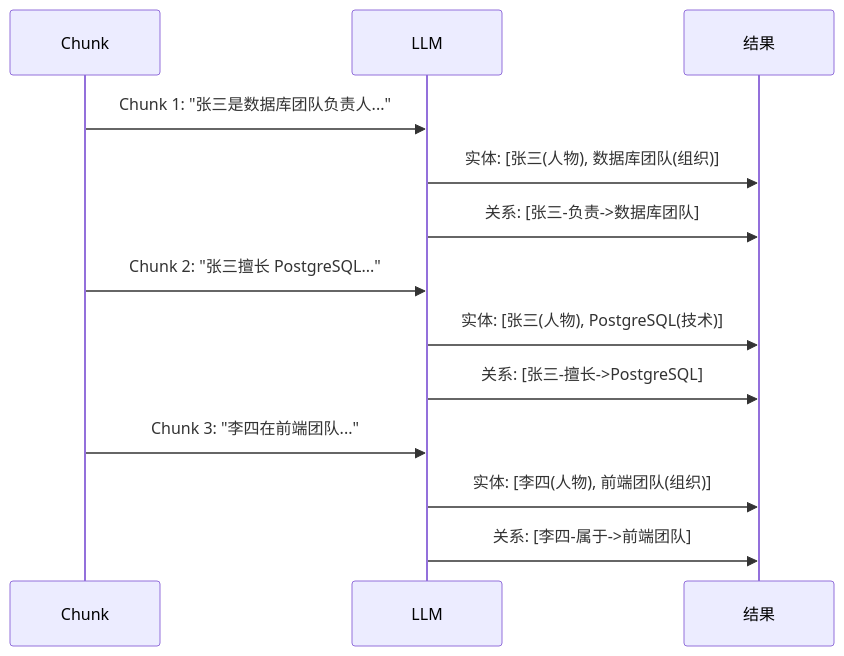
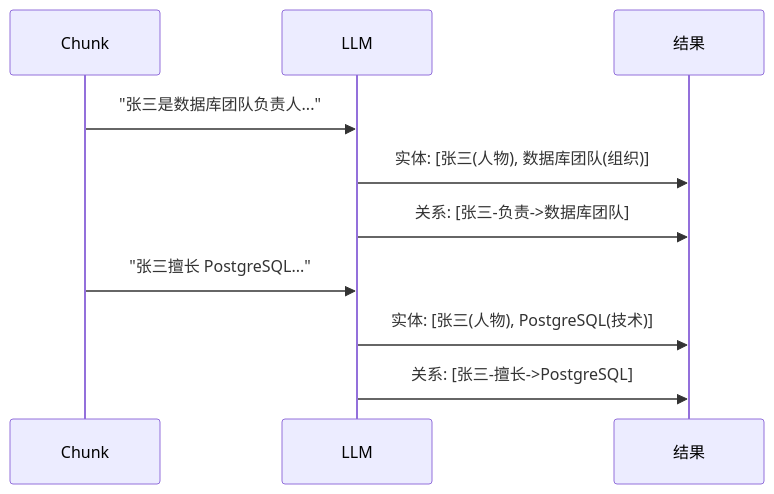
Before and after one commit to apecloud/ApeRAG: the fourth of 14 diagrams in docs/zh-CN/design/graph_index_creation.md, drawn with Mermaid. The commit also changed other lines of this file and 4 other files, not shown here.

````diff
--- a/docs/zh-CN/design/graph_index_creation.md
+++ b/docs/zh-CN/design/graph_index_creation.md
@@ -218,18 +268,14 @@
 ```mermaid
 sequenceDiagram
     participant C as Chunk
     participant L as LLM
     participant R as 结果
     
-    C->>L: Chunk 1: "张三是数据库团队负责人..."
+    C->>L: "张三是数据库团队负责人..."
     L->>R: 实体: [张三(人物), 数据库团队(组织)]
     L->>R: 关系: [张三-负责->数据库团队]
     
-    C->>L: Chunk 2: "张三擅长 PostgreSQL..."
+    C->>L: "张三擅长 PostgreSQL..."
     L->>R: 实体: [张三(人物), PostgreSQL(技术)]
     L->>R: 关系: [张三-擅长->PostgreSQL]
-    
-    C->>L: Chunk 3: "李四在前端团队..."
-    L->>R: 实体: [李四(人物), 前端团队(组织)]
-    L->>R: 关系: [李四-属于->前端团队]
 ```
````
